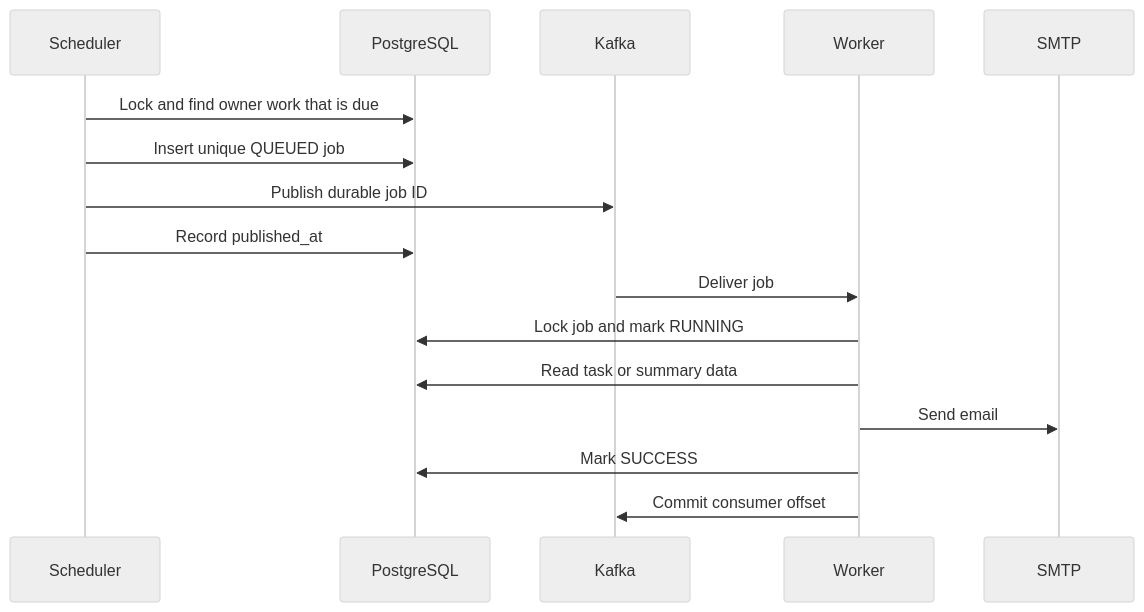
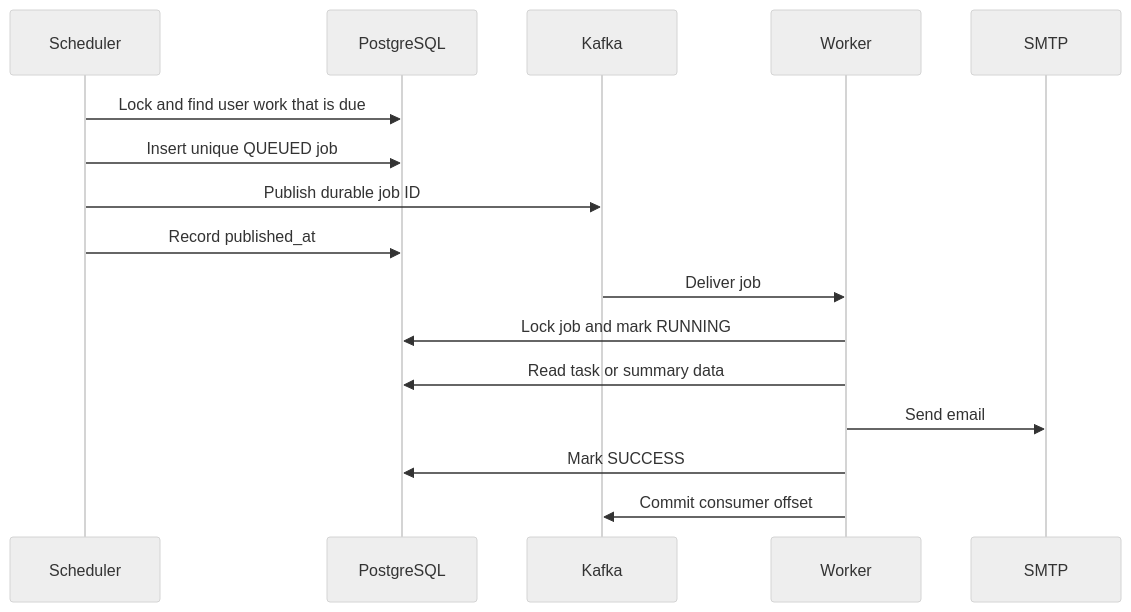
Before and after one commit to rajeev8008/Pace: the fifth of 5 diagrams in PACE_INTERVIEW_GUIDE.md, drawn with Mermaid (neutral theme). The commit also changed other lines of this file and 12 other files, not shown here.

````diff
--- a/PACE_INTERVIEW_GUIDE.md
+++ b/PACE_INTERVIEW_GUIDE.md
@@ -179,18 +179,18 @@
 ```mermaid
 sequenceDiagram
     participant S as Scheduler
     participant D as PostgreSQL
     participant K as Kafka
     participant W as Worker
     participant M as SMTP
-    S->>D: Lock and find owner work that is due
+    S->>D: Lock and find user work that is due
     S->>D: Insert unique QUEUED job
     S->>K: Publish durable job ID
     S->>D: Record published_at
     K->>W: Deliver job
     W->>D: Lock job and mark RUNNING
     W->>D: Read task or summary data
     W->>M: Send email
     W->>D: Mark SUCCESS
     W->>K: Commit consumer offset
 ```
````
